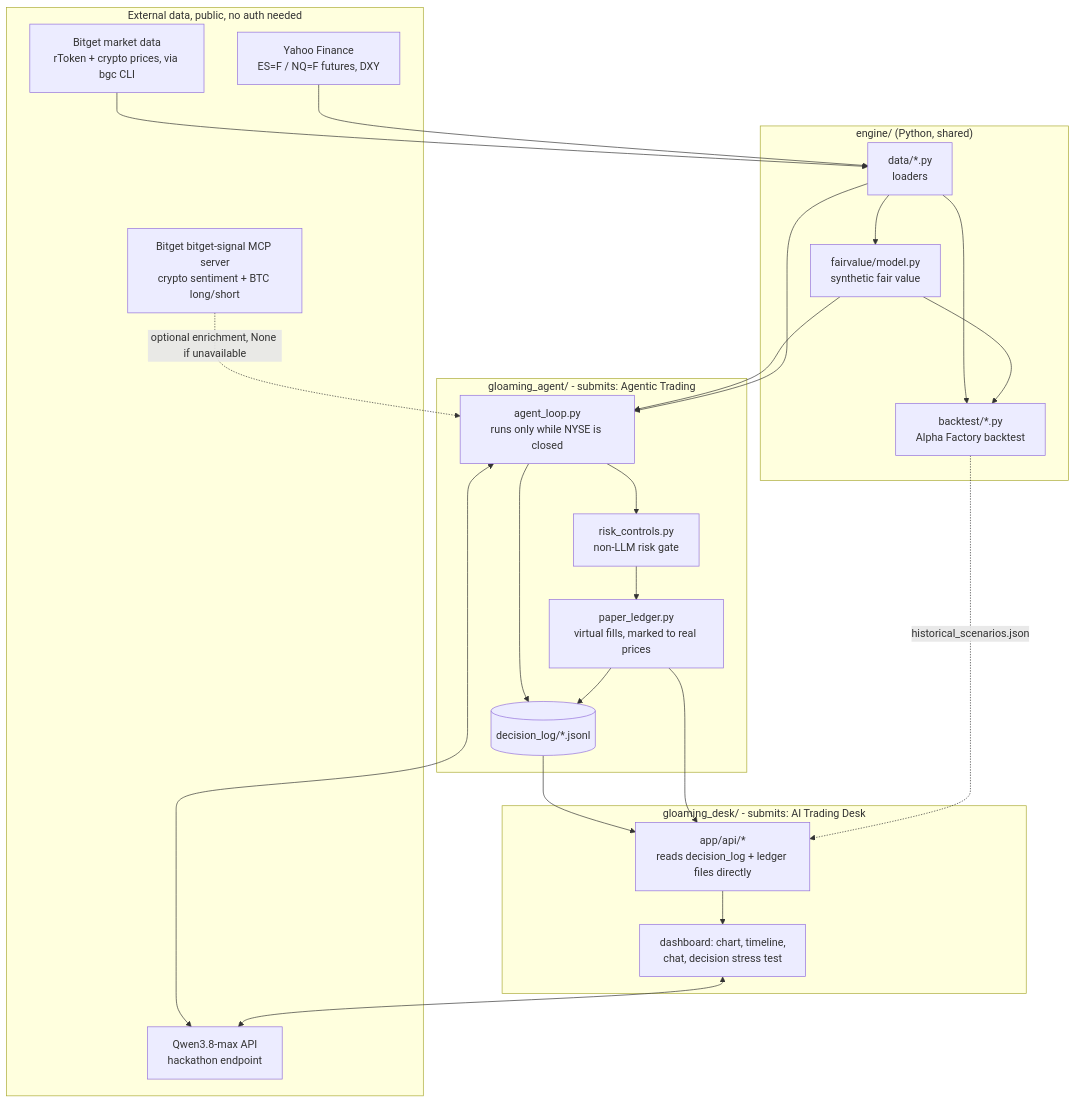
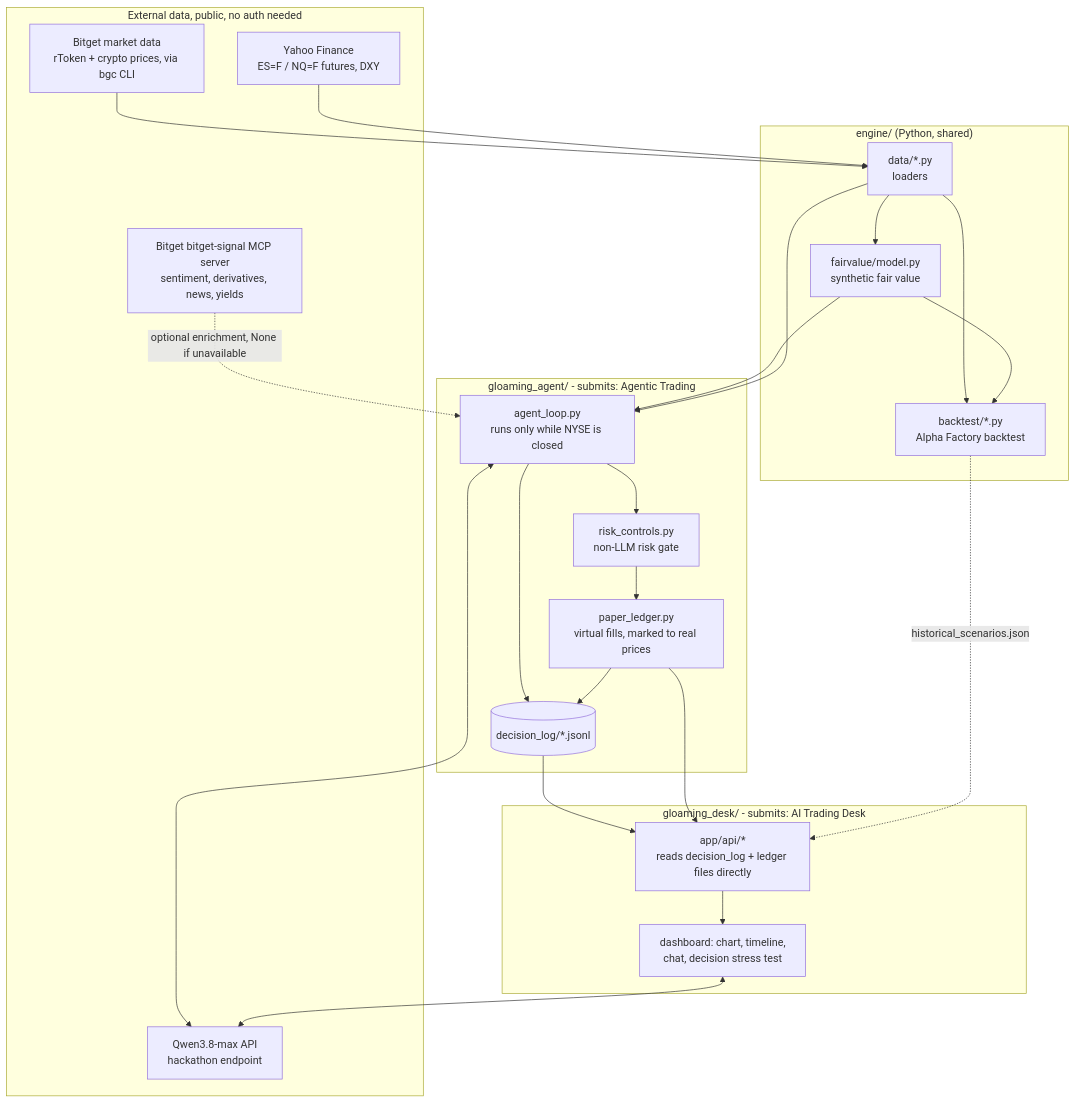
One commit to angelraph/gloaming changed the diagram in docs/architecture.md. Above: the diagram before and after it, drawn with Mermaid. The commit also changed other lines of this file and 10 other files, not shown here.

````diff
--- a/docs/architecture.md
+++ b/docs/architecture.md
@@ -5,48 +5,48 @@
 ```mermaid
 flowchart TB
     subgraph ext["External data, public, no auth needed"]
         bitget["Bitget market data<br/>rToken + crypto prices, via bgc CLI"]
         yahoo["Yahoo Finance<br/>ES=F / NQ=F futures, DXY"]
         qwen["Qwen3.8-max API<br/>hackathon endpoint"]
-        signal["Bitget bitget-signal MCP server<br/>crypto sentiment + BTC long/short"]
+        signal["Bitget bitget-signal MCP server<br/>sentiment, derivatives, news, yields"]
     end
 
     subgraph engine["engine/ (Python, shared)"]
         data["data/*.py<br/>loaders"]
         fv["fairvalue/model.py<br/>synthetic fair value"]
         bt["backtest/*.py<br/>Alpha Factory backtest"]
     end
 
     bitget --> data
     yahoo --> data
     data --> fv
     data --> bt
     fv --> bt
 
     subgraph agent["gloaming_agent/  -  submits: Agentic Trading"]
         loop["agent_loop.py<br/>runs only while NYSE is closed"]
         risk["risk_controls.py<br/>non-LLM risk gate"]
         ledger["paper_ledger.py<br/>virtual fills, marked to real prices"]
         log[("decision_log/*.jsonl")]
     end
 
     fv --> loop
     data --> loop
     signal -. "optional enrichment, None if unavailable" .-> loop
     loop <--> qwen
     loop --> risk
     risk --> ledger
     loop --> log
     ledger --> log
 
     subgraph desk["gloaming_desk/  -  submits: AI Trading Desk"]
         api["app/api/*<br/>reads decision_log + ledger files directly"]
         ui["dashboard: chart, timeline,<br/>chat, decision stress test"]
     end
 
     log --> api
     ledger --> api
     bt -. "historical_scenarios.json" .-> api
     api --> ui
     ui <--> qwen
 ```
````
